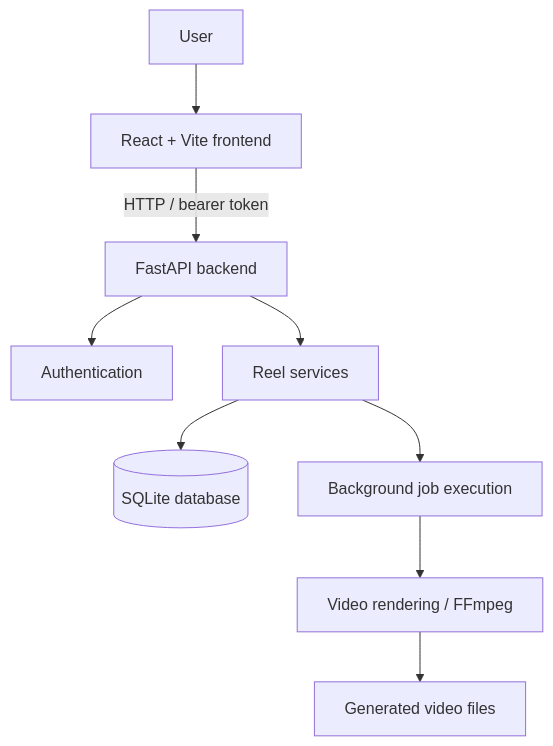
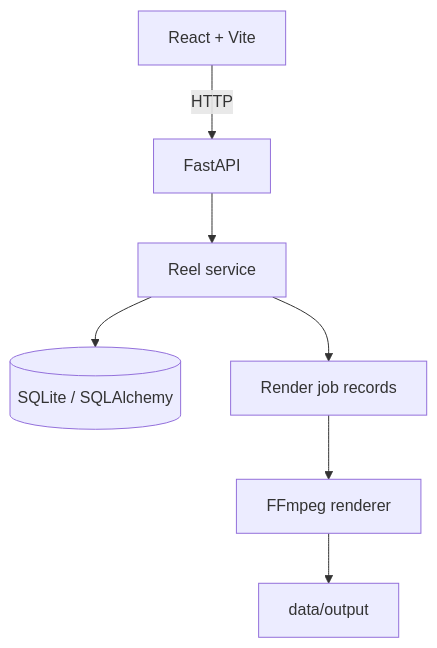
Before and after one commit to hemanth-kumar-boddeda/Ai-Reel-Factory: the second of 2 diagrams in README.md, drawn with Mermaid. The commit also changed other lines of this file, not shown here.

````diff
--- a/README.md
+++ b/README.md
@@ -45,11 +56,9 @@
 ```mermaid
 flowchart TB
-    U[User] --> UI[React + Vite frontend]
-    UI -->|HTTP / bearer token| API[FastAPI backend]
-    API --> AUTH[Authentication]
-    API --> SVC[Reel services]
-    SVC --> DB[(SQLite database)]
-    SVC --> JOBS[Background job execution]
-    JOBS --> RENDER[Video rendering / FFmpeg]
-    RENDER --> OUT[Generated video files]
+    UI[React + Vite] -->|HTTP| API[FastAPI]
+    API --> SERVICE[Reel service]
+    SERVICE --> DB[(SQLite / SQLAlchemy)]
+    SERVICE --> JOBS[Render job records]
+    JOBS --> FFMPEG[FFmpeg renderer]
+    FFMPEG --> OUTPUT[data/output]
 ```
````
